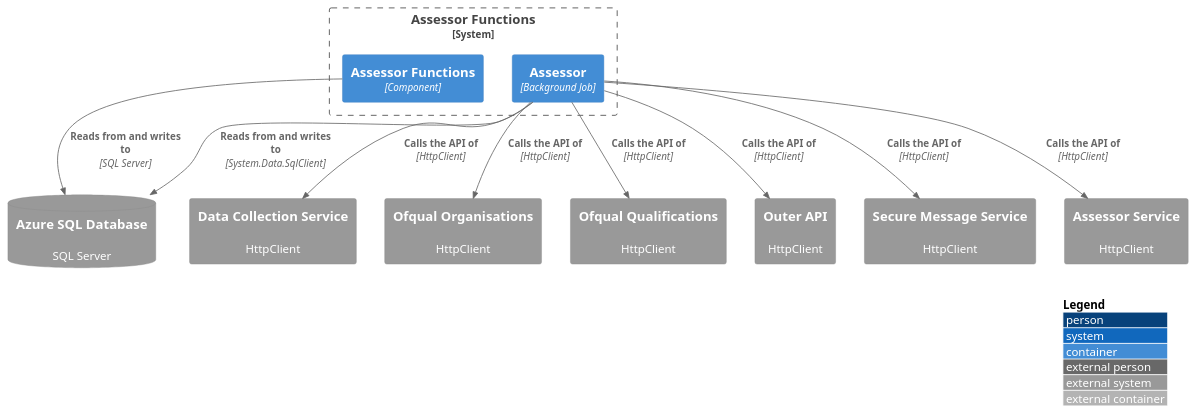
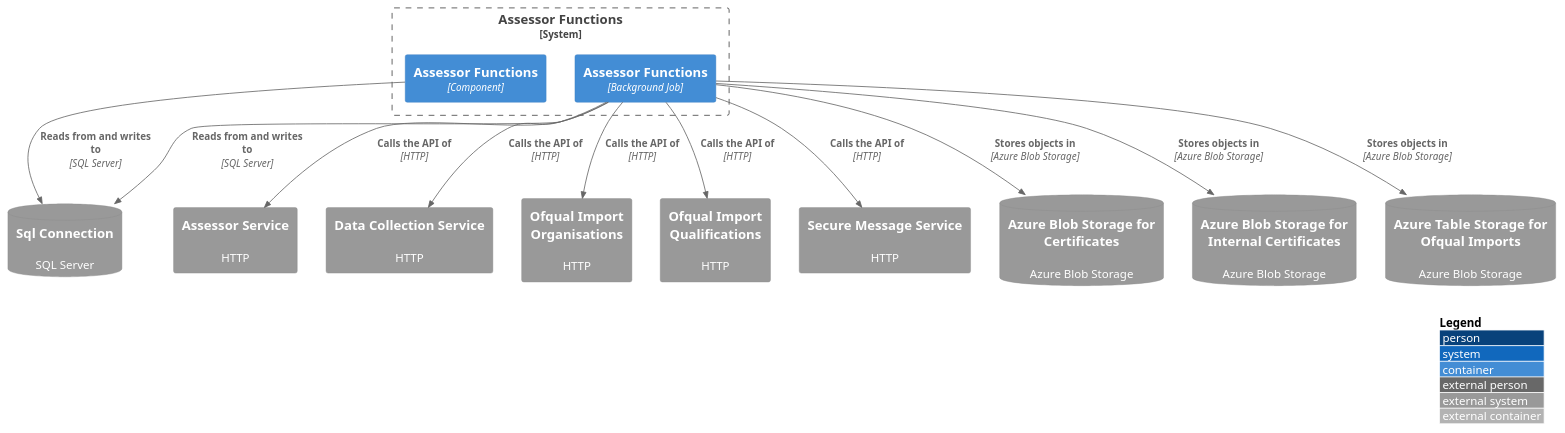
The diagram in das-assessor-functions/service-dependencies/service-dependencies.puml (talentconsulting/atlas-dfe), drawn with PlantUML before and after one commit. The commit also changed 46 other files, not shown here.

```diff
--- a/das-assessor-functions/service-dependencies/service-dependencies.puml
+++ b/das-assessor-functions/service-dependencies/service-dependencies.puml
@@ -1,27 +1,31 @@
 @startuml
 !include https://raw.githubusercontent.com/plantuml-stdlib/C4-PlantUML/master/C4_Container.puml
 LAYOUT_WITH_LEGEND()
 
 System_Boundary(sys_SkillsFundingAgency_das_assessor_functions, "Assessor Functions") {
-  Container(c_assessor, "Assessor", "Background Job")
   Container(c_assessor_functions, "Assessor Functions", "Component")
+  Container(c_assessor_functions_2, "Assessor Functions", "Background Job")
 }
 
-SystemDb_Ext(d_database_azure_sql_database, "Azure SQL Database", "SQL Server")
-System_Ext(d_http_api_assessor_service, "Assessor Service", "HttpClient")
-System_Ext(d_http_api_data_collection_service, "Data Collection Service", "HttpClient")
-System_Ext(d_http_api_ofqual_organisations, "Ofqual Organisations", "HttpClient")
-System_Ext(d_http_api_ofqual_qualifications, "Ofqual Qualifications", "HttpClient")
-System_Ext(d_http_api_outer_api, "Outer API", "HttpClient")
-System_Ext(d_http_api_secure_message_service, "Secure Message Service", "HttpClient")
+SystemDb_Ext(d_database_sql_connection, "Sql Connection", "SQL Server")
+System_Ext(d_http_api_assessor_service, "Assessor Service", "HTTP")
+System_Ext(d_http_api_data_collection_service, "Data Collection Service", "HTTP")
+System_Ext(d_http_api_ofqual_import_organisations, "Ofqual Import Organisations", "HTTP")
+System_Ext(d_http_api_ofqual_import_qualifications, "Ofqual Import Qualifications", "HTTP")
+System_Ext(d_http_api_secure_message_service, "Secure Message Service", "HTTP")
+SystemDb_Ext(d_object_storage_azure_blob_storage_for_certificates, "Azure Blob Storage for Certificates", "Azure Blob Storage")
+SystemDb_Ext(d_object_storage_azure_blob_storage_for_internal_certificates, "Azure Blob Storage for Internal Certificates", "Azure Blob Storage")
+SystemDb_Ext(d_object_storage_azure_table_storage_for_ofqual_imports, "Azure Table Storage for Ofqual Imports", "Azure Blob Storage")
 
-Rel(c_assessor_functions, d_database_azure_sql_database, "Reads from and writes to", "SQL Server")
-Rel(c_assessor, d_database_azure_sql_database, "Reads from and writes to", "System.Data.SqlClient")
-Rel(c_assessor, d_http_api_assessor_service, "Calls the API of", "HttpClient")
-Rel(c_assessor, d_http_api_data_collection_service, "Calls the API of", "HttpClient")
-Rel(c_assessor, d_http_api_ofqual_organisations, "Calls the API of", "HttpClient")
-Rel(c_assessor, d_http_api_ofqual_qualifications, "Calls the API of", "HttpClient")
-Rel(c_assessor, d_http_api_outer_api, "Calls the API of", "HttpClient")
-Rel(c_assessor, d_http_api_secure_message_service, "Calls the API of", "HttpClient")
+Rel(c_assessor_functions, d_database_sql_connection, "Reads from and writes to", "SQL Server")
+Rel(c_assessor_functions_2, d_database_sql_connection, "Reads from and writes to", "SQL Server")
+Rel(c_assessor_functions_2, d_http_api_assessor_service, "Calls the API of", "HTTP")
+Rel(c_assessor_functions_2, d_http_api_data_collection_service, "Calls the API of", "HTTP")
+Rel(c_assessor_functions_2, d_http_api_ofqual_import_organisations, "Calls the API of", "HTTP")
+Rel(c_assessor_functions_2, d_http_api_ofqual_import_qualifications, "Calls the API of", "HTTP")
+Rel(c_assessor_functions_2, d_http_api_secure_message_service, "Calls the API of", "HTTP")
+Rel(c_assessor_functions_2, d_object_storage_azure_blob_storage_for_certificates, "Stores objects in", "Azure Blob Storage")
+Rel(c_assessor_functions_2, d_object_storage_azure_blob_storage_for_internal_certificates, "Stores objects in", "Azure Blob Storage")
+Rel(c_assessor_functions_2, d_object_storage_azure_table_storage_for_ofqual_imports, "Stores objects in", "Azure Blob Storage")
 
 @enduml
```
